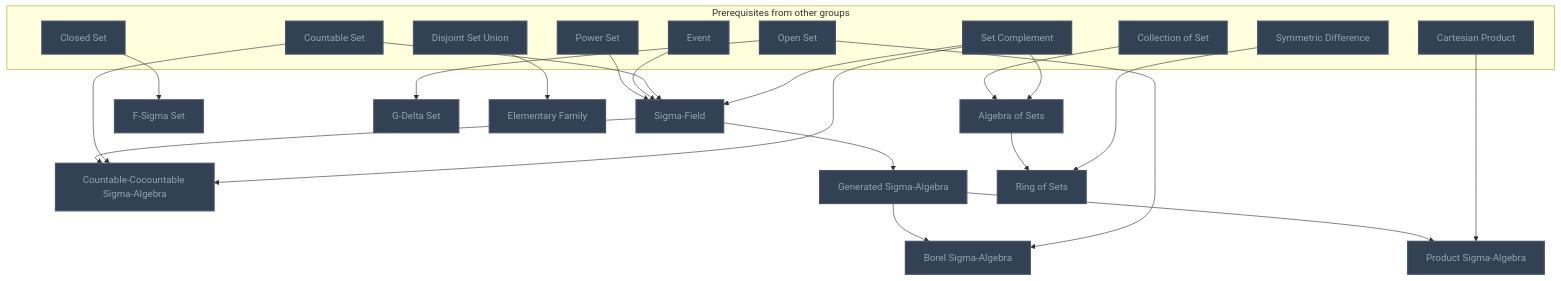
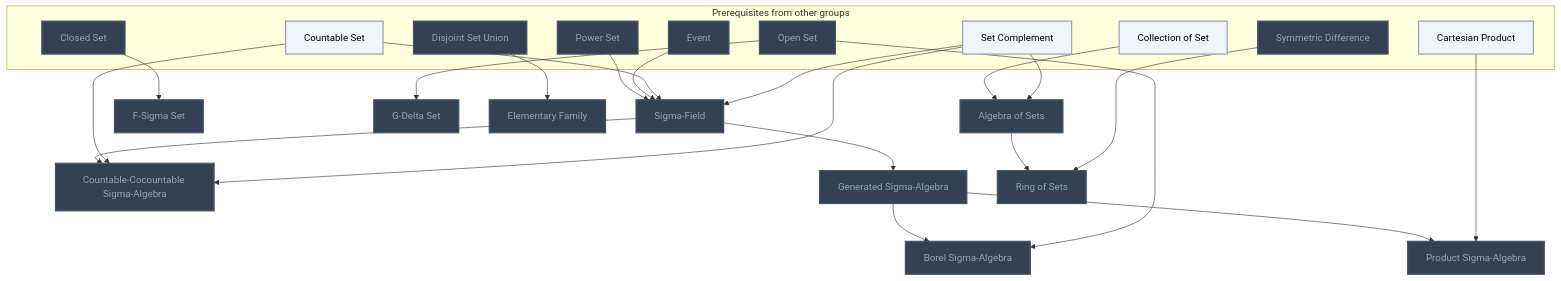
One commit to MRauf1/My-Notes changed the eighth of 13 diagrams in Gamification/Skill Trees/Measure Theory.md. Above: the diagram before and after it, drawn with Mermaid. The commit also changed other lines of this file and 156 other files, not shown here.

````diff
--- a/Gamification/Skill Trees/Measure Theory.md
+++ b/Gamification/Skill Trees/Measure Theory.md
@@ -227,55 +232,56 @@
 ```mermaid
 flowchart TD
     classDef planned fill:#1E293B,stroke:#64748B,stroke-width:2px,stroke-dasharray:5 5,color:#94A3B8;
     classDef locked fill:#334155,stroke:#475569,stroke-width:2px,color:#94A3B8;
     classDef L0 fill:#F1F5F9,stroke:#94A3B8,stroke-width:2px,color:#000000;
     classDef L1 fill:#22C55E,stroke:#15803D,stroke-width:2px,color:#000000;
     classDef L2 fill:#3B82F6,stroke:#1D4ED8,stroke-width:3px,color:#FFFFFF;
     classDef L3 fill:#A855F7,stroke:#6B21A8,stroke-width:3px,color:#FFFFFF,font-weight:bold;
     classDef L4 fill:#F97316,stroke:#C2410C,stroke-width:4px,color:#000000,font-weight:bold;
     classDef L5 fill:#FFD700,stroke:#FF8C00,stroke-width:5px,color:#000000,font-weight:bold;
     classDef rusty stroke:#8B4513,stroke-width:4px,stroke-dasharray:3 3;
     subgraph sg_prereqs["Prerequisites from other groups"]
         n_collection_of_set["Collection of Set"]
         n_countable_set["Countable Set"]
         n_closed_set["Closed Set"]
         n_open_set["Open Set"]
         n_cartesian_product["Cartesian Product"]
         n_disjoint_set_union["Disjoint Set Union"]
         n_symmetric_difference["Symmetric Difference"]
         n_power_set["Power Set"]
         n_event["Event"]
         n_set_complement["Set Complement"]
     end
     n_algebra_of_sets["Algebra of Sets"]
     n_countable_cocountable_sigma_algebra["Countable-Cocountable Sigma-Algebra"]
     n_generated_sigma_algebra["Generated Sigma-Algebra"]
     n_f_sigma_set["F-Sigma Set"]
     n_g_delta_set["G-Delta Set"]
     n_borel_sigma_algebra["Borel Sigma-Algebra"]
     n_product_sigma_algebra["Product Sigma-Algebra"]
     n_elementary_family["Elementary Family"]
     n_ring_of_sets["Ring of Sets"]
     n_sigma_field["Sigma-Field"]
     n_collection_of_set --> n_algebra_of_sets
     n_sigma_field --> n_countable_cocountable_sigma_algebra
     n_countable_set --> n_countable_cocountable_sigma_algebra
     n_sigma_field --> n_generated_sigma_algebra
     n_closed_set --> n_f_sigma_set
     n_open_set --> n_g_delta_set
     n_generated_sigma_algebra --> n_borel_sigma_algebra
     n_open_set --> n_borel_sigma_algebra
     n_generated_sigma_algebra --> n_product_sigma_algebra
     n_cartesian_product --> n_product_sigma_algebra
     n_disjoint_set_union --> n_elementary_family
     n_algebra_of_sets --> n_ring_of_sets
     n_symmetric_difference --> n_ring_of_sets
     n_power_set --> n_sigma_field
     n_event --> n_sigma_field
     n_countable_set --> n_sigma_field
     n_set_complement --> n_algebra_of_sets
     n_set_complement --> n_countable_cocountable_sigma_algebra
     n_set_complement --> n_sigma_field
-    class n_collection_of_set,n_countable_set,n_closed_set,n_open_set,n_cartesian_product,n_disjoint_set_union,n_symmetric_difference,n_power_set,n_event,n_set_complement,n_algebra_of_sets,n_countable_cocountable_sigma_algebra,n_generated_sigma_algebra,n_f_sigma_set,n_g_delta_set,n_borel_sigma_algebra,n_product_sigma_algebra,n_elementary_family,n_ring_of_sets,n_sigma_field locked;
+    class n_closed_set,n_open_set,n_disjoint_set_union,n_symmetric_difference,n_power_set,n_event,n_algebra_of_sets,n_countable_cocountable_sigma_algebra,n_generated_sigma_algebra,n_f_sigma_set,n_g_delta_set,n_borel_sigma_algebra,n_product_sigma_algebra,n_elementary_family,n_ring_of_sets,n_sigma_field locked;
+    class n_collection_of_set,n_countable_set,n_cartesian_product,n_set_complement L0;
     class n_collection_of_set,n_countable_set,n_closed_set,n_open_set,n_cartesian_product,n_disjoint_set_union,n_symmetric_difference,n_power_set,n_event,n_set_complement,n_algebra_of_sets,n_countable_cocountable_sigma_algebra,n_generated_sigma_algebra,n_f_sigma_set,n_g_delta_set,n_borel_sigma_algebra,n_product_sigma_algebra,n_elementary_family,n_ring_of_sets,n_sigma_field internal-link;
 ```
````
